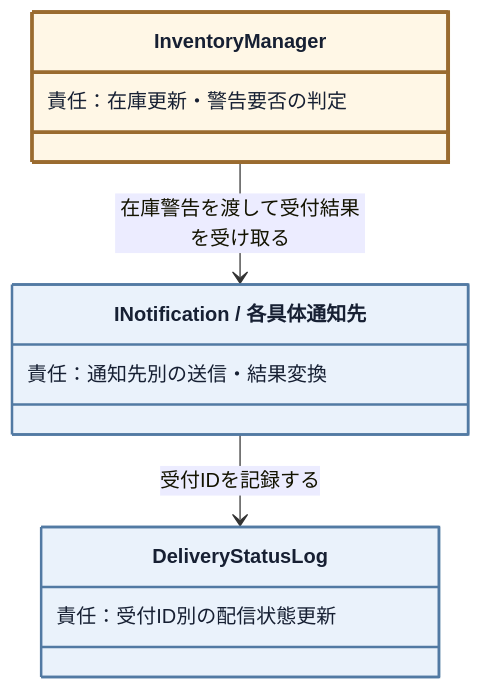
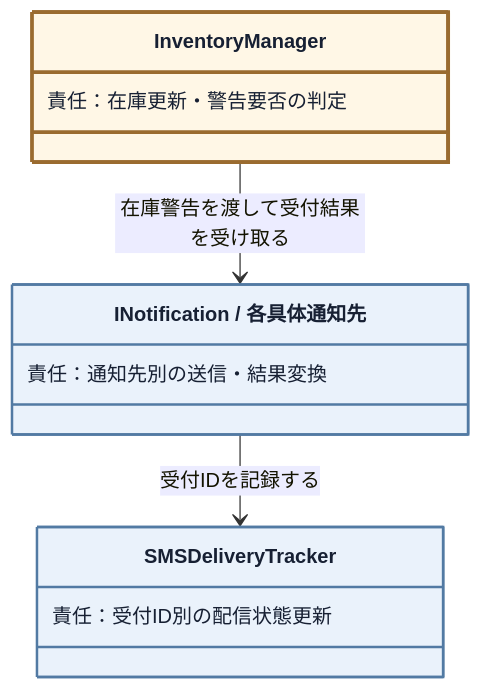
One commit to kumachan1101-pixel/DesignPattern changed the tenth of 20 diagrams in kindle/design-patterns/books/volume01-core-patterns/output/05-chapter03.md. Above: the diagram before and after it, drawn with Mermaid. The commit also changed other lines of this file and 19 other files, not shown here.

````diff
--- a/kindle/design-patterns/books/volume01-core-patterns/output/05-chapter03.md
+++ b/kindle/design-patterns/books/volume01-core-patterns/output/05-chapter03.md
@@ -1584,18 +1570,18 @@
 ```mermaid
 classDiagram
     direction TB
     class InventoryPolicy["InventoryManager"]:::current {
         責任：在庫更新・警告要否の判定
     }
     class NotificationConnection["INotification / 各具体通知先"]:::separated {
         責任：通知先別の送信・結果変換
     }
-    class DeliveryTracking["DeliveryStatusLog"]:::separated {
+    class DeliveryTracking["SMSDeliveryTracker"]:::separated {
         責任：受付ID別の配信状態更新
     }
     InventoryPolicy --> NotificationConnection : 在庫警告を渡して受付結果を受け取る
     NotificationConnection --> DeliveryTracking : 受付IDを記録する
 
     classDef separated fill:#eaf2fb,stroke:#527aa3,stroke-width:2px,color:#172033;
     classDef current fill:#fff7e6,stroke:#9a6b2f,stroke-width:3px,color:#172033;
 ```
````
